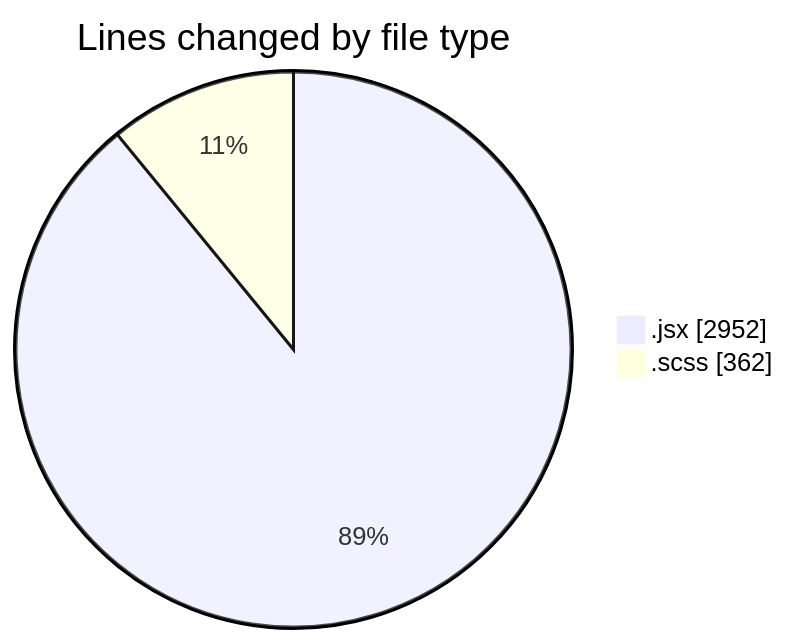
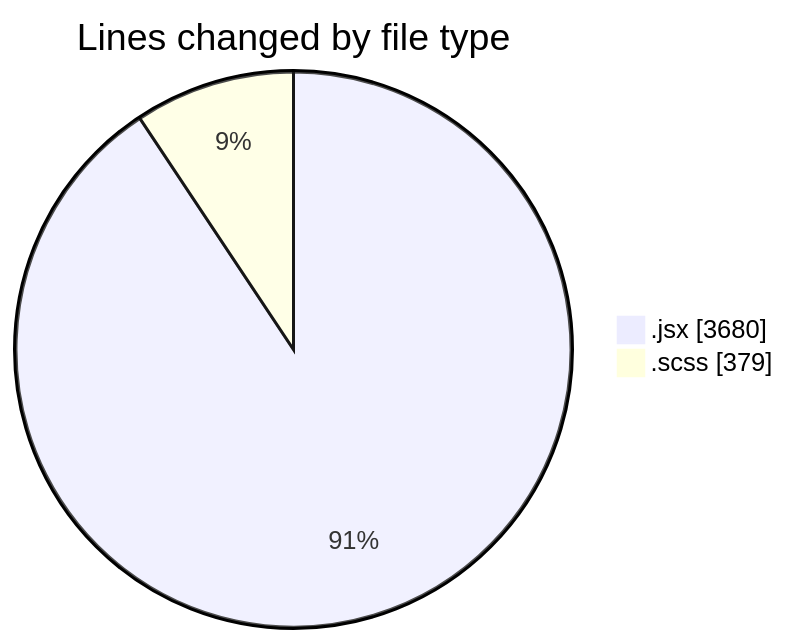
One commit to momahboobian/code-tracking changed the first of 2 diagrams in 2026-09-02/cda/README.md. Above: the diagram before and after it, drawn with Mermaid. The commit also changed other lines of this file and 1 other file, not shown here.

````diff
--- a/2026-09-02/cda/README.md
+++ b/2026-09-02/cda/README.md
@@ -36,6 +42,6 @@
 ```mermaid
 pie showData
 title Lines changed by file type
-".jsx" : 2952
-".scss" : 362
+".jsx" : 3680
+".scss" : 379
 ```
````
